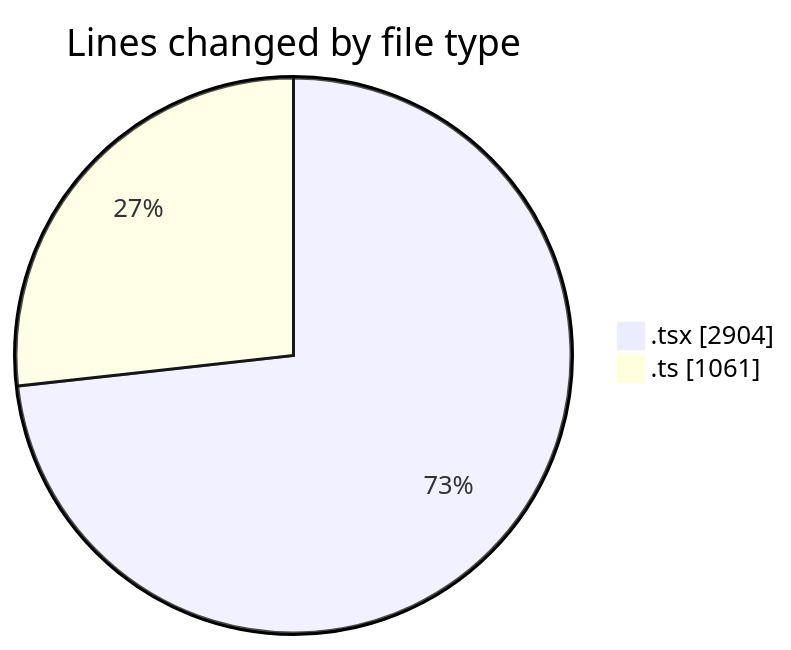
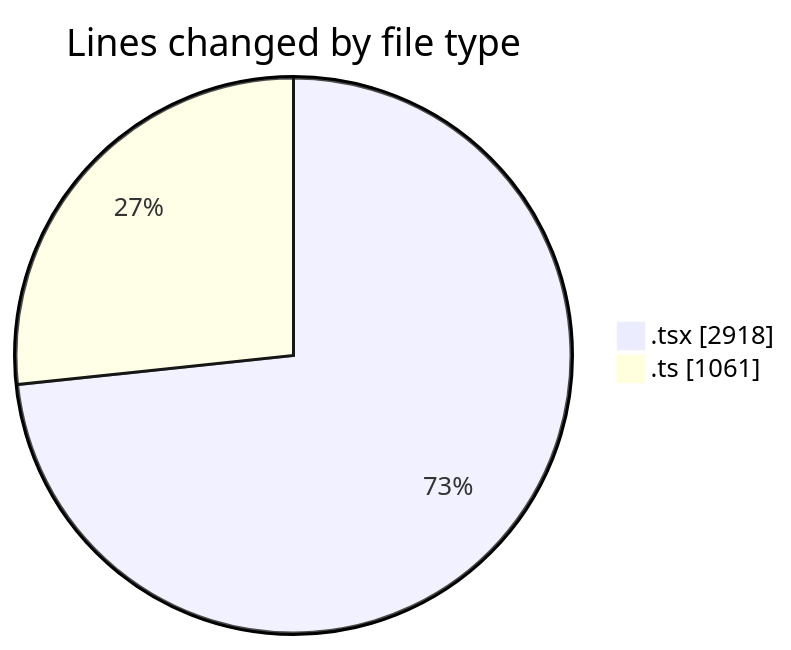
Before and after one commit to nxtqubesakshisongat/code-tracking: the first of 2 diagrams in 2026-02-19/nxtqube_webapp/README.md, drawn with Mermaid. The commit also changed other lines of this file and 1 other file, not shown here.

````diff
--- a/2026-02-19/nxtqube_webapp/README.md
+++ b/2026-02-19/nxtqube_webapp/README.md
@@ -28,6 +28,6 @@
 ```mermaid
 pie showData
 title Lines changed by file type
-".tsx" : 2904
+".tsx" : 2918
 ".ts" : 1061
 ```
````
